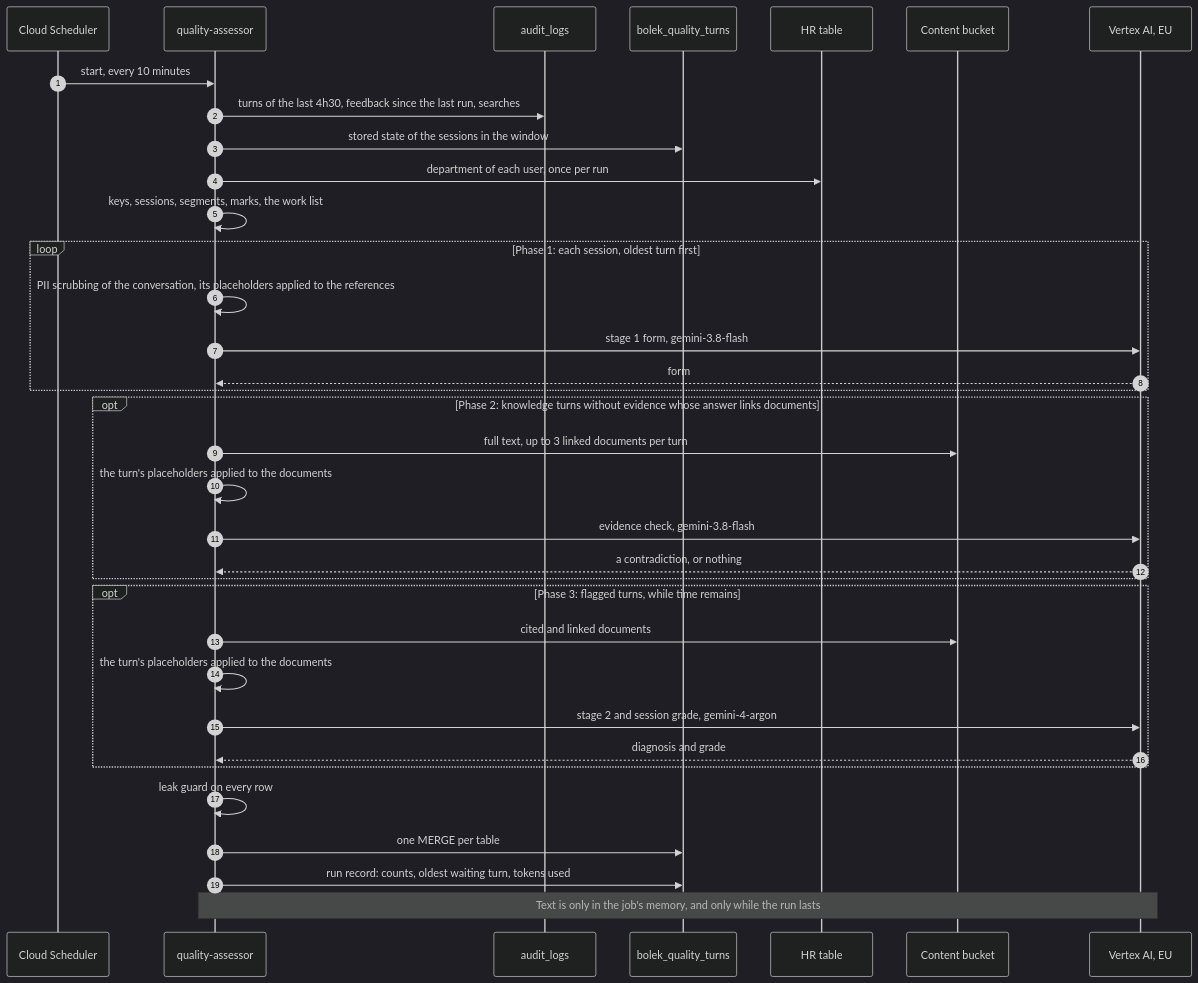
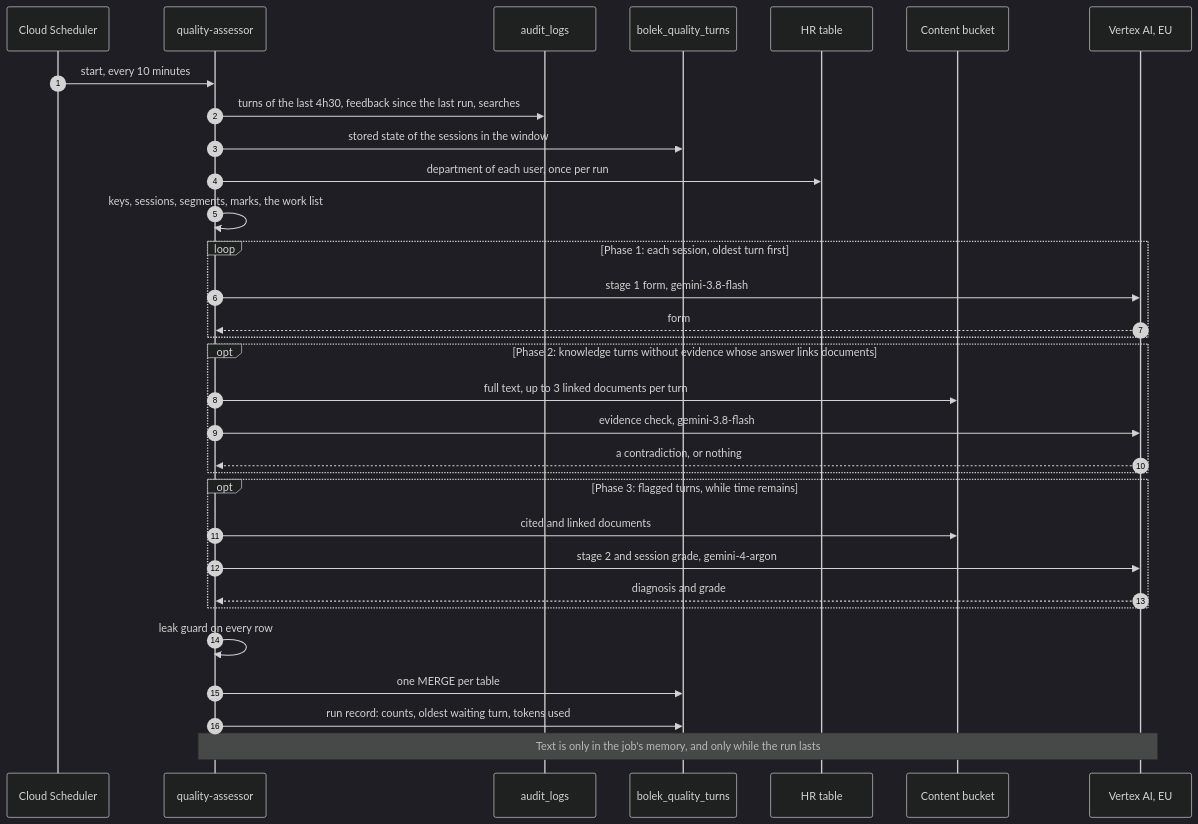
Diagram 14 of 19 in design-doc.md (pborkowski-rtbh/conversation-analyzer), drawn with Mermaid (dark theme) before and after one commit. The commit also changed other lines of this file and 28 other files, not shown here.

First line of the commit message:
No PII scrubbing: design doc, plan item A3 and Jira issue 08

````diff
--- a/design-doc.md
+++ b/design-doc.md
@@ -1322,37 +1317,34 @@
 ```mermaid
 sequenceDiagram
     autonumber
     participant SCH as Cloud Scheduler
     participant A as quality-assessor
     participant LOG as audit_logs
     participant T as bolek_quality_turns
     participant HR as HR table
     participant GCS as Content bucket
     participant V as Vertex AI, EU
     SCH->>A: start, every 10 minutes
     A->>LOG: turns of the last 4h30, feedback since the last run, searches
     A->>T: stored state of the sessions in the window
     A->>HR: department of each user, once per run
     A->>A: keys, sessions, segments, marks, the work list
     loop Phase 1: each session, oldest turn first
-        A->>A: PII scrubbing of the conversation, its placeholders applied to the references
         A->>V: stage 1 form, gemini-3.8-flash
         V-->>A: form
     end
     opt Phase 2: knowledge turns without evidence whose answer links documents
         A->>GCS: full text, up to 3 linked documents per turn
-        A->>A: the turn's placeholders applied to the documents
         A->>V: evidence check, gemini-3.8-flash
         V-->>A: a contradiction, or nothing
     end
     opt Phase 3: flagged turns, while time remains
         A->>GCS: cited and linked documents
-        A->>A: the turn's placeholders applied to the documents
         A->>V: stage 2 and session grade, gemini-4-argon
         V-->>A: diagnosis and grade
     end
     A->>A: leak guard on every row
     A->>T: one MERGE per table
     A->>T: run record: counts, oldest waiting turn, tokens used
     Note over A,V: Text is only in the job's memory, and only while the run lasts
 ```
````
